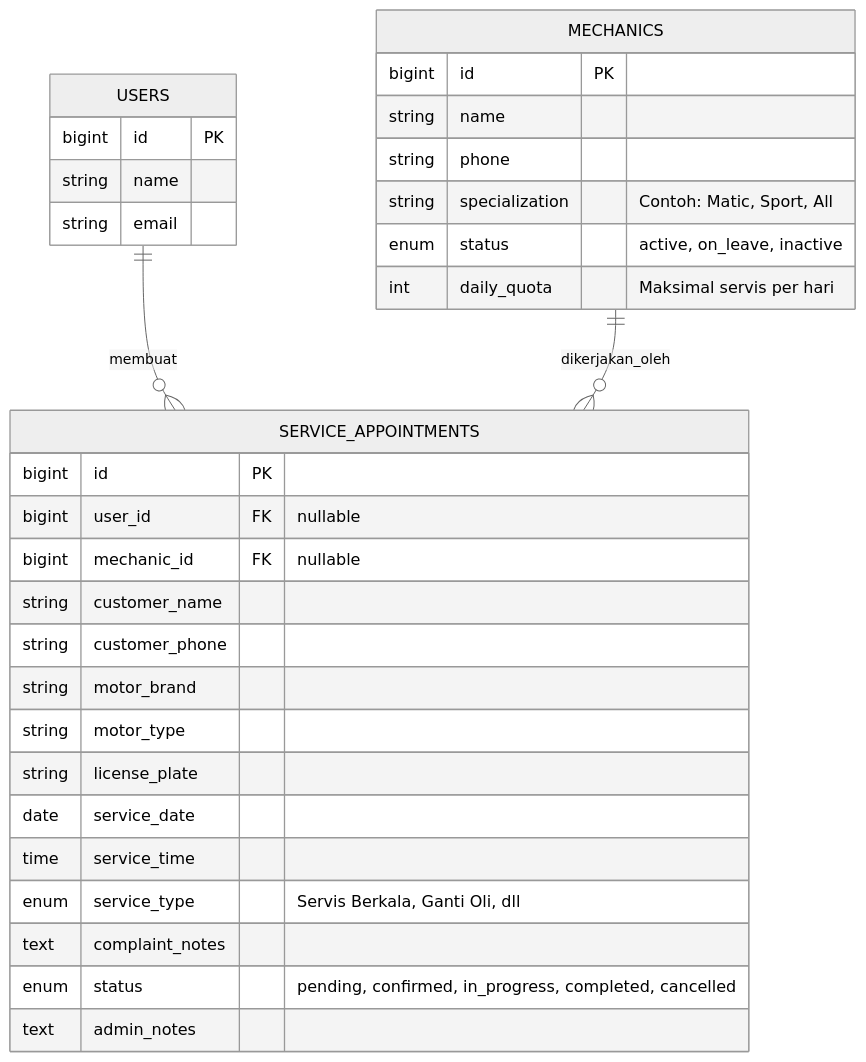
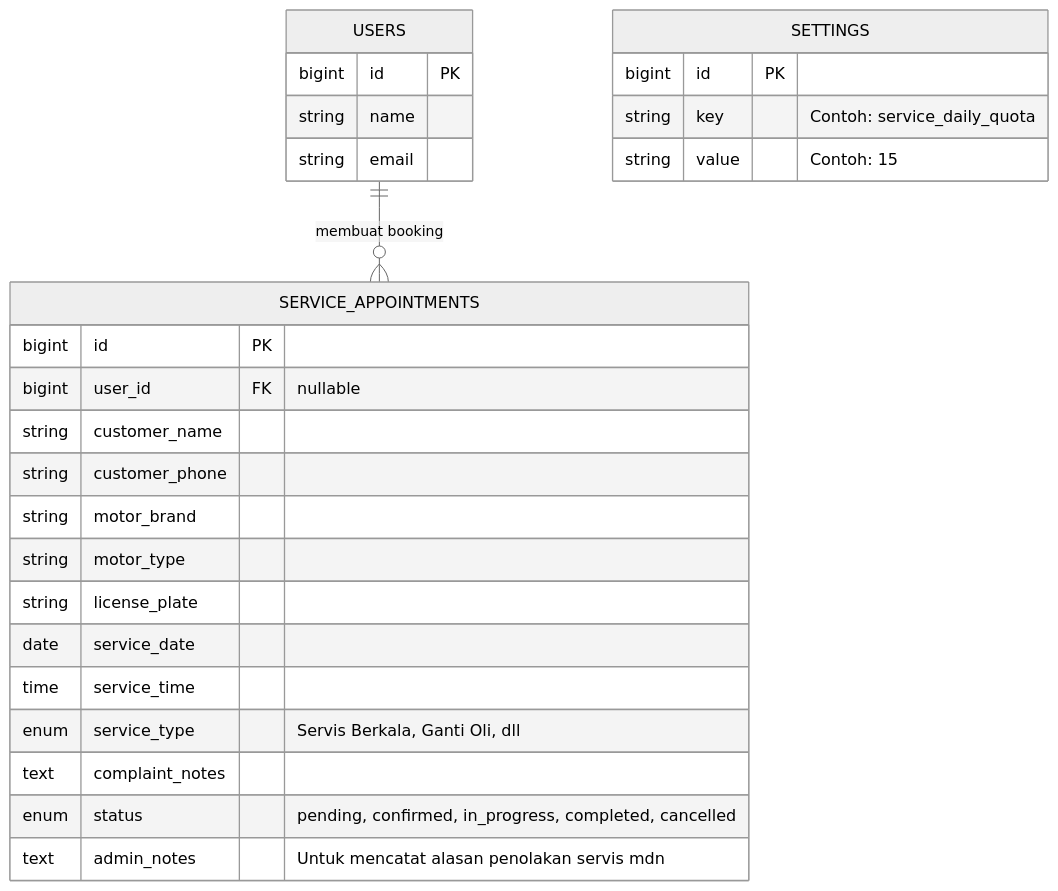
The diagram in docs/SERVICE_MECHANIC_PLAN.md (Rangga11268/SrbMotorV3), drawn with Mermaid (neutral theme) before and after one commit. The commit also changed other lines of this file, not shown here.

Commit message:
refactor: update SERVICE_MECHANIC_PLAN to implement daily quota system and admin override for service bookings

````diff
--- a/docs/SERVICE_MECHANIC_PLAN.md
+++ b/docs/SERVICE_MECHANIC_PLAN.md
@@ -23,35 +24,30 @@
 ```mermaid
 erDiagram
     USERS {
         bigint id PK
         string name
         string email
     }
-    MECHANICS {
+    SETTINGS {
         bigint id PK
-        string name
-        string phone
-        string specialization "Contoh: Matic, Sport, All"
-        enum status "active, on_leave, inactive"
-        int daily_quota "Maksimal servis per hari"
+        string key "Contoh: service_daily_quota"
+        string value "Contoh: 15"
     }
     SERVICE_APPOINTMENTS {
         bigint id PK
         bigint user_id FK "nullable"
-        bigint mechanic_id FK "nullable"
         string customer_name
         string customer_phone
         string motor_brand
         string motor_type
         string license_plate
         date service_date
         time service_time
         enum service_type "Servis Berkala, Ganti Oli, dll"
         text complaint_notes
         enum status "pending, confirmed, in_progress, completed, cancelled"
-        text admin_notes
+        text admin_notes "Untuk mencatat alasan penolakan servis mdn"
     }
 
-    USERS ||--o{ SERVICE_APPOINTMENTS : "membuat"
-    MECHANICS ||--o{ SERVICE_APPOINTMENTS : "dikerjakan_oleh"
+    USERS ||--o{ SERVICE_APPOINTMENTS : "membuat booking"
 ```
````
